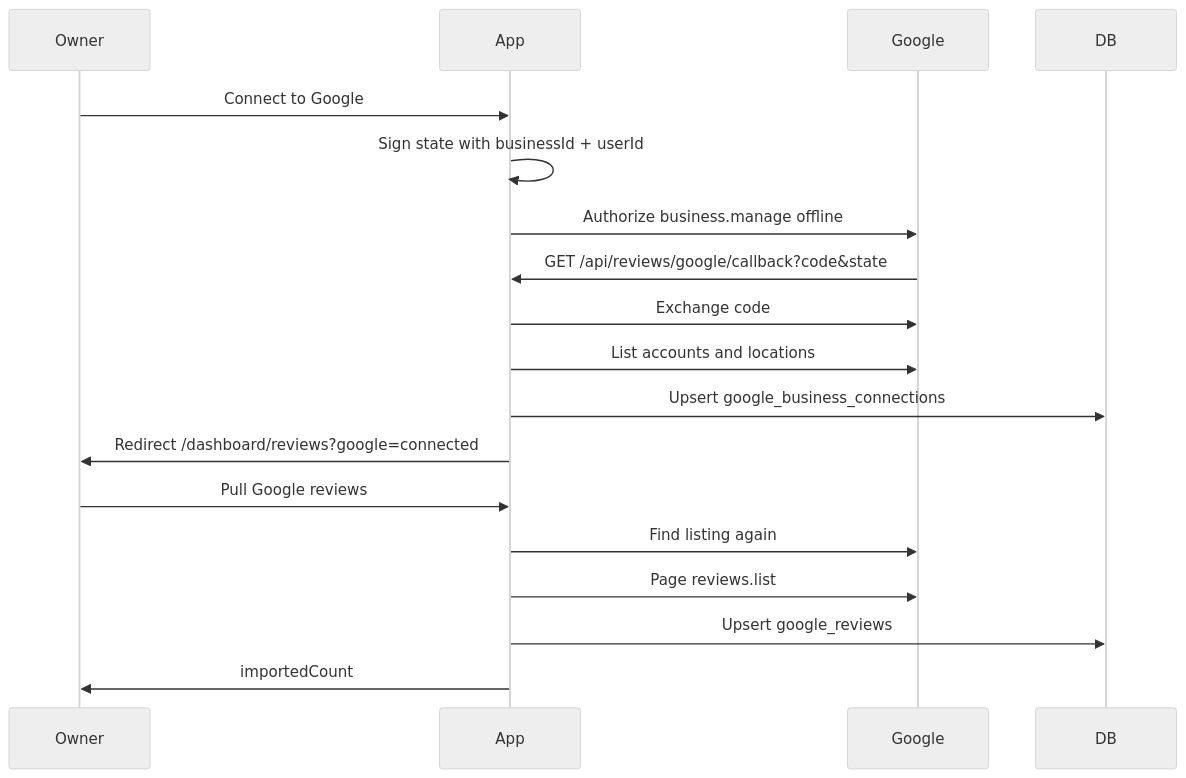
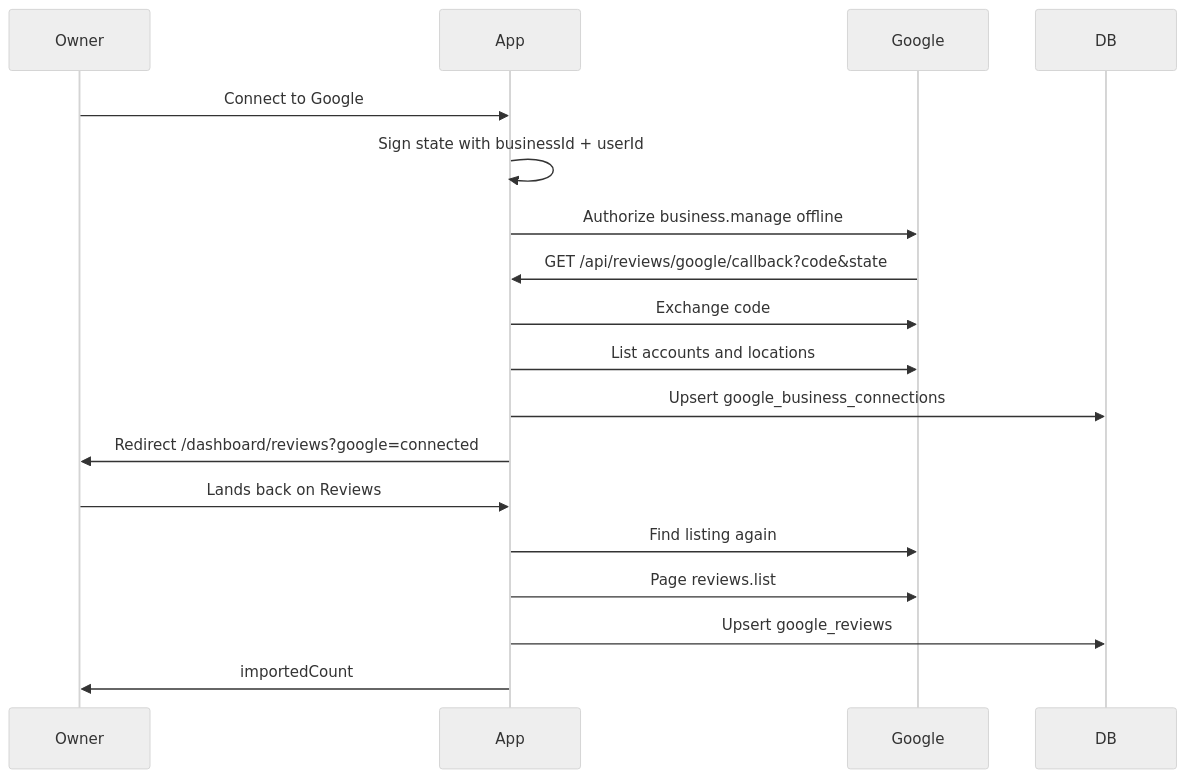
The diagram in src/features/reviews/docs/GOOGLE_REVIEWS.md (jsanch387/servicelink), drawn with Mermaid (neutral theme) before and after one commit. The commit also changed other lines of this file and 54 other files, not shown here.

Commit message:
google reviews final

````diff
--- a/src/features/reviews/docs/GOOGLE_REVIEWS.md
+++ b/src/features/reviews/docs/GOOGLE_REVIEWS.md
@@ -140,22 +130,22 @@
 ```mermaid
 sequenceDiagram
   participant Owner
   participant App
   participant Google
   participant DB
 
   Owner->>App: Connect to Google
   App->>App: Sign state with businessId + userId
   App->>Google: Authorize business.manage offline
   Google->>App: GET /api/reviews/google/callback?code&state
   App->>Google: Exchange code
   App->>Google: List accounts and locations
   App->>DB: Upsert google_business_connections
   App->>Owner: Redirect /dashboard/reviews?google=connected
 
-  Owner->>App: Pull Google reviews
+  Owner->>App: Lands back on Reviews
   App->>Google: Find listing again
   App->>Google: Page reviews.list
   App->>DB: Upsert google_reviews
   App->>Owner: importedCount
 ```
````
